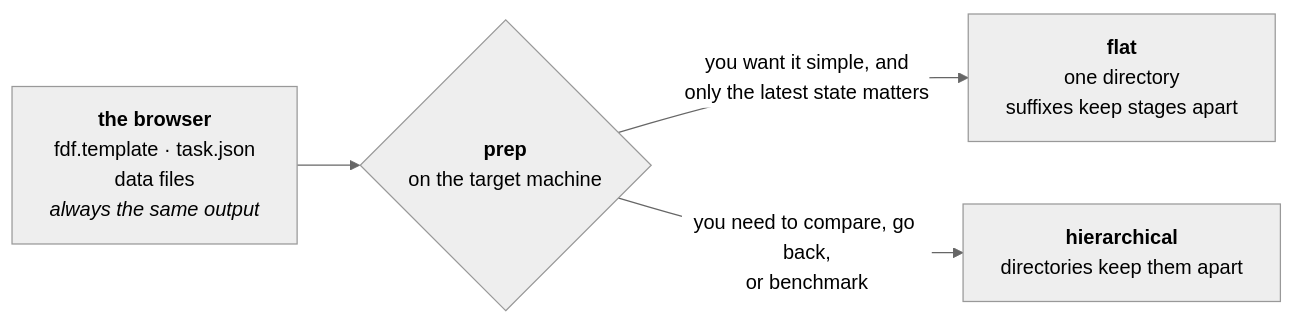
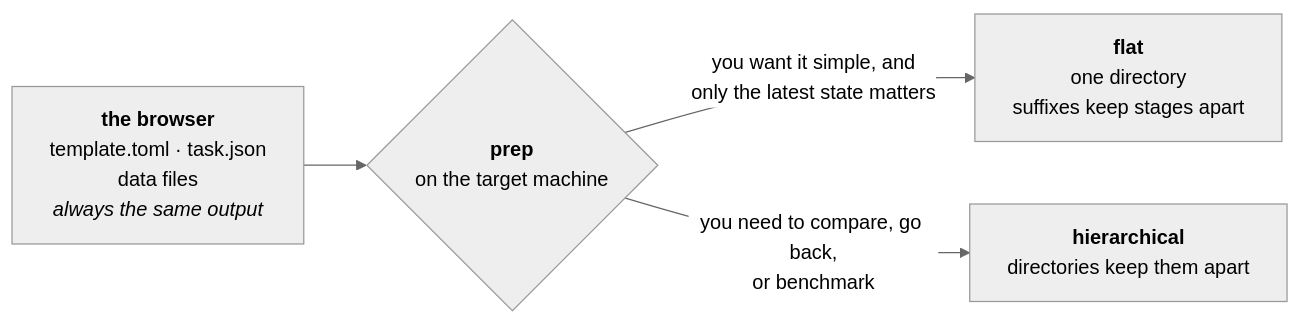
One commit to Qing-LAB/molbuilder changed the first of 10 diagrams in docs/execution/project-layout.md. Above: the diagram before and after it, drawn with Mermaid (neutral theme). The commit also changed other lines of this file and 16 other files, not shown here.

First line of the commit message:
docs(template): the template gets its own contract, in engines/, and stops being an .fdf

````diff
--- a/docs/execution/project-layout.md
+++ b/docs/execution/project-layout.md
@@ -66,10 +66,10 @@
 ```mermaid
 flowchart LR
-    UI["<b>the browser</b><br/>fdf.template · task.json<br/>data files<br/><i>always the same output</i>"]
+    UI["<b>the browser</b><br/>template.toml · task.json<br/>data files<br/><i>always the same output</i>"]
     P{"<b>prep</b><br/>on the target machine"}
     F["<b>flat</b><br/>one directory<br/>suffixes keep stages apart"]
     H["<b>hierarchical</b><br/>directories keep them apart"]
     UI --> P
     P -->|"you want it simple, and<br/>only the latest state matters"| F
     P -->|"you need to compare, go back,<br/>or benchmark"| H
 ```
````
